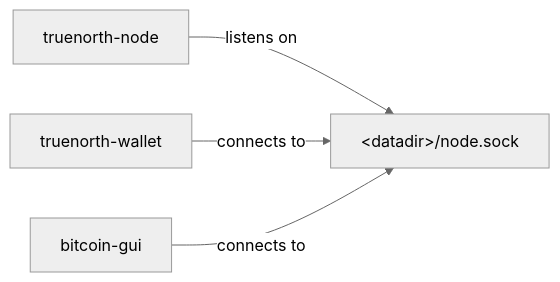
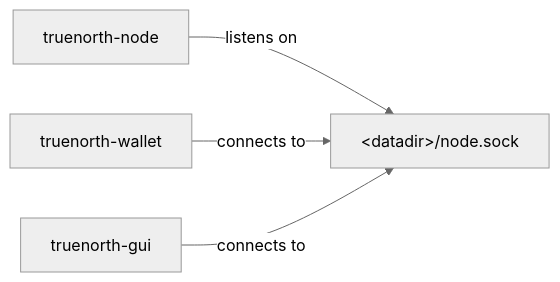
One commit to truenorth-project/truenorth changed the first of 3 diagrams in doc/design/multiprocess.md. Above: the diagram before and after it, drawn with Mermaid (neutral theme). The commit also changed other lines of this file and 42 other files, not shown here.

````diff
--- a/doc/design/multiprocess.md
+++ b/doc/design/multiprocess.md
@@ -29,6 +29,6 @@
 ```mermaid
 flowchart LR
     node[truenorth-node] -- listens on --> socket["&lt;datadir&gt;/node.sock"]
     wallet[truenorth-wallet] -- connects to --> socket
-    gui[bitcoin-gui] -- connects to --> socket
+    gui[truenorth-gui] -- connects to --> socket
 ```
````
